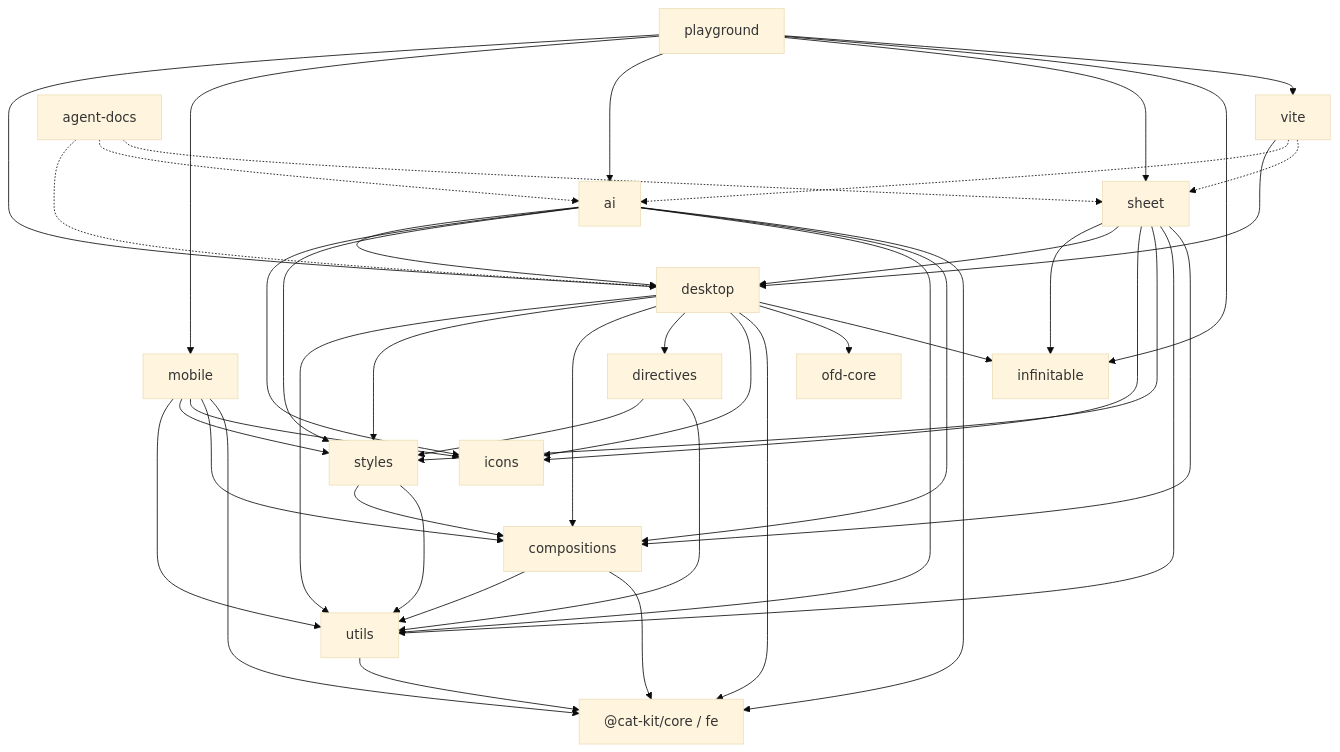
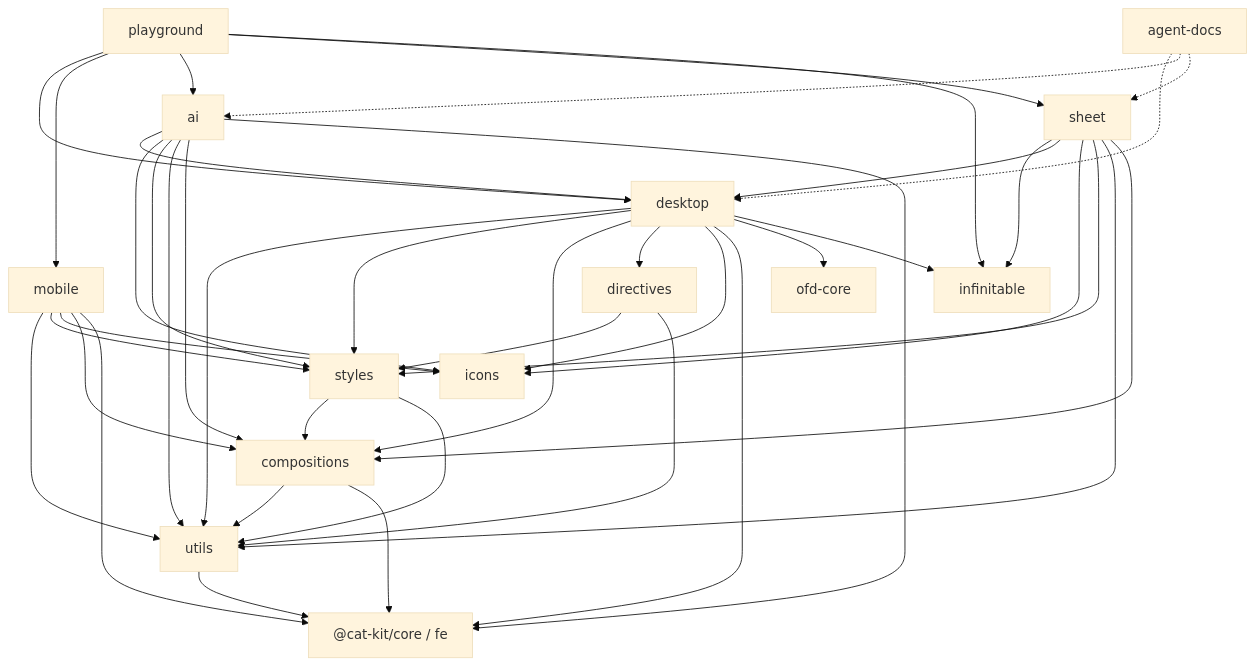
Before and after one commit to cabinet-fe/ultra-ui: the diagram in .agents/docs/CODE-MAP.md, drawn with Mermaid (base theme). The commit also changed other lines of this file and 63 other files, not shown here.

````diff
--- a/.agents/docs/CODE-MAP.md
+++ b/.agents/docs/CODE-MAP.md
@@ -55,62 +53,57 @@
 ```mermaid
 graph TD
   catkit["@cat-kit/core / fe"]
   utils["utils"]
   compositions["compositions"]
   styles["styles"]
   directives["directives"]
   icons["icons"]
   desktop["desktop"]
   sheet["sheet"]
   ai["ai"]
   ofdCore["ofd-core"]
-  vitePkg["vite"]
   mobile["mobile"]
   playground["playground"]
   agentDocs["agent-docs"]
 
   utils --> catkit
   compositions --> utils
   compositions --> catkit
   styles --> compositions
   styles --> utils
   directives --> styles
   directives --> utils
   desktop --> utils
   desktop --> styles
   desktop --> compositions
   desktop --> directives
   desktop --> icons
   desktop --> catkit
   desktop --> ofdCore
   desktop --> infTable["infinitable"]
   sheet --> infTable
   sheet --> desktop
   sheet --> icons
   sheet --> styles
   sheet --> utils
   sheet --> compositions
   ai --> desktop
   ai --> icons
   ai --> styles
   ai --> utils
   ai --> compositions
   ai --> catkit
   mobile --> utils
   mobile --> styles
   mobile --> icons
   mobile --> compositions
   mobile --> catkit
-  vitePkg --> desktop
-  vitePkg -.-> ai
-  vitePkg -.-> sheet
   playground --> desktop
   playground --> mobile
   playground --> ai
   playground --> sheet
   playground --> infTable
-  playground --> vitePkg
   agentDocs -.-> desktop
   agentDocs -.-> ai
   agentDocs -.-> sheet
 ```
````
